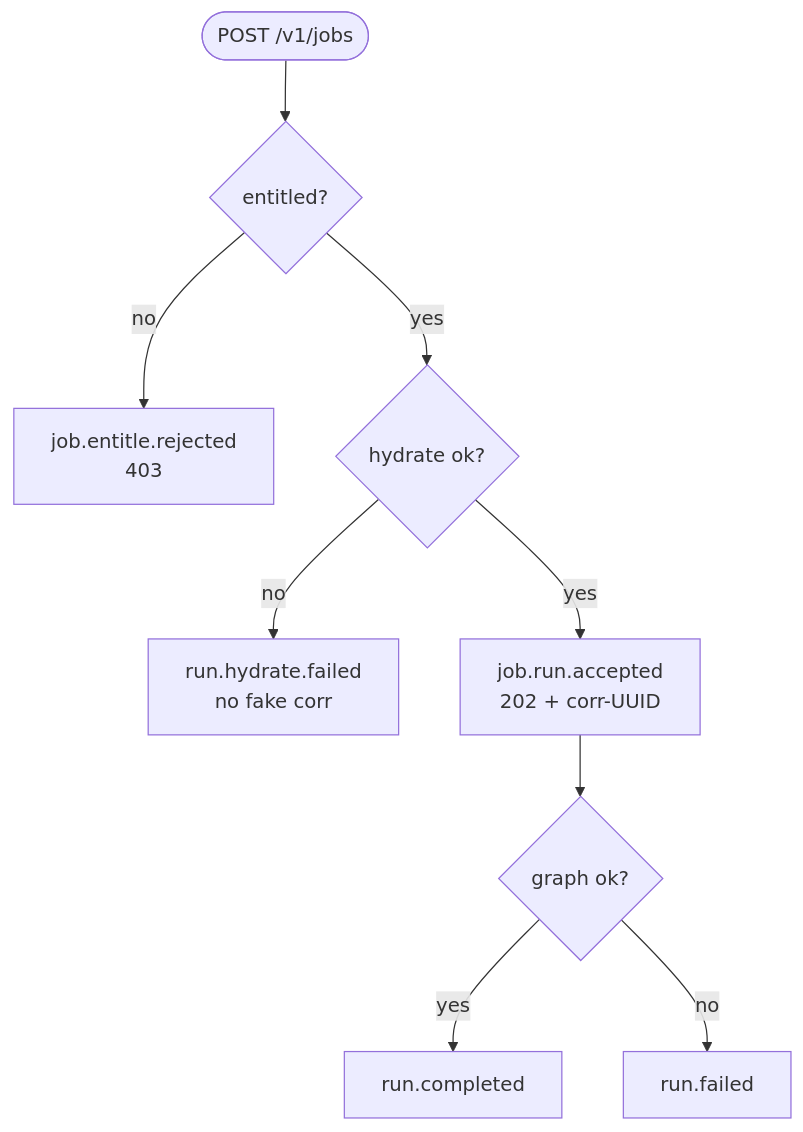
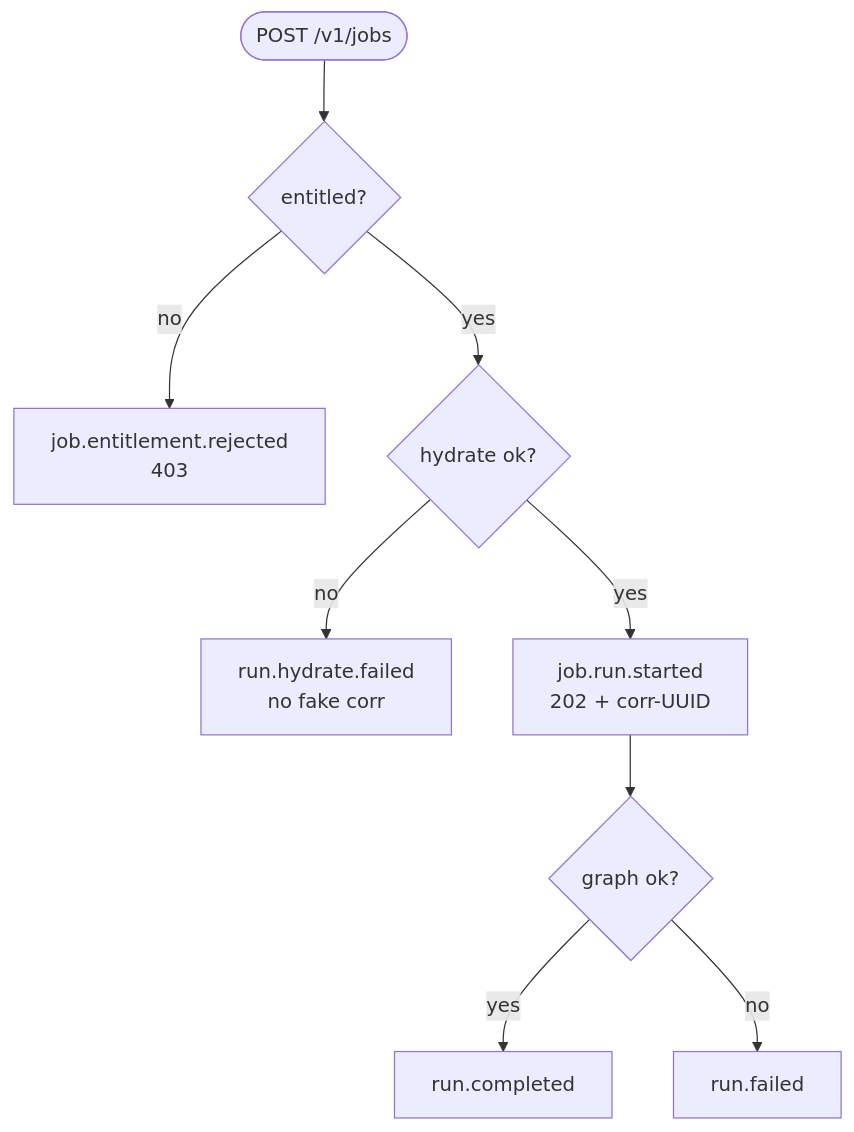
The second of 6 diagrams in agent-fabric-docs/02-understand/ids.md (iamsharmajitender/enterprise-agent-fabric), drawn with Mermaid before and after one commit. The commit also changed other lines of this file and 26 other files, not shown here.

````diff
--- a/agent-fabric-docs/02-understand/ids.md
+++ b/agent-fabric-docs/02-understand/ids.md
@@ -154,11 +154,11 @@
 ```mermaid
 flowchart TD
   START([POST /v1/jobs]) --> ENTITLE{entitled?}
-  ENTITLE -->|no| REJ[job.entitle.rejected<br/>403]
+  ENTITLE -->|no| REJ[job.entitlement.rejected<br/>403]
   ENTITLE -->|yes| HYDRATE{hydrate ok?}
   HYDRATE -->|no| HF[run.hydrate.failed<br/>no fake corr]
-  HYDRATE -->|yes| ACC[job.run.accepted<br/>202 + corr-UUID]
+  HYDRATE -->|yes| ACC[job.run.started<br/>202 + corr-UUID]
   ACC --> GRAPH{graph ok?}
   GRAPH -->|yes| OK[run.completed]
   GRAPH -->|no| FAIL[run.failed]
 ```
````
